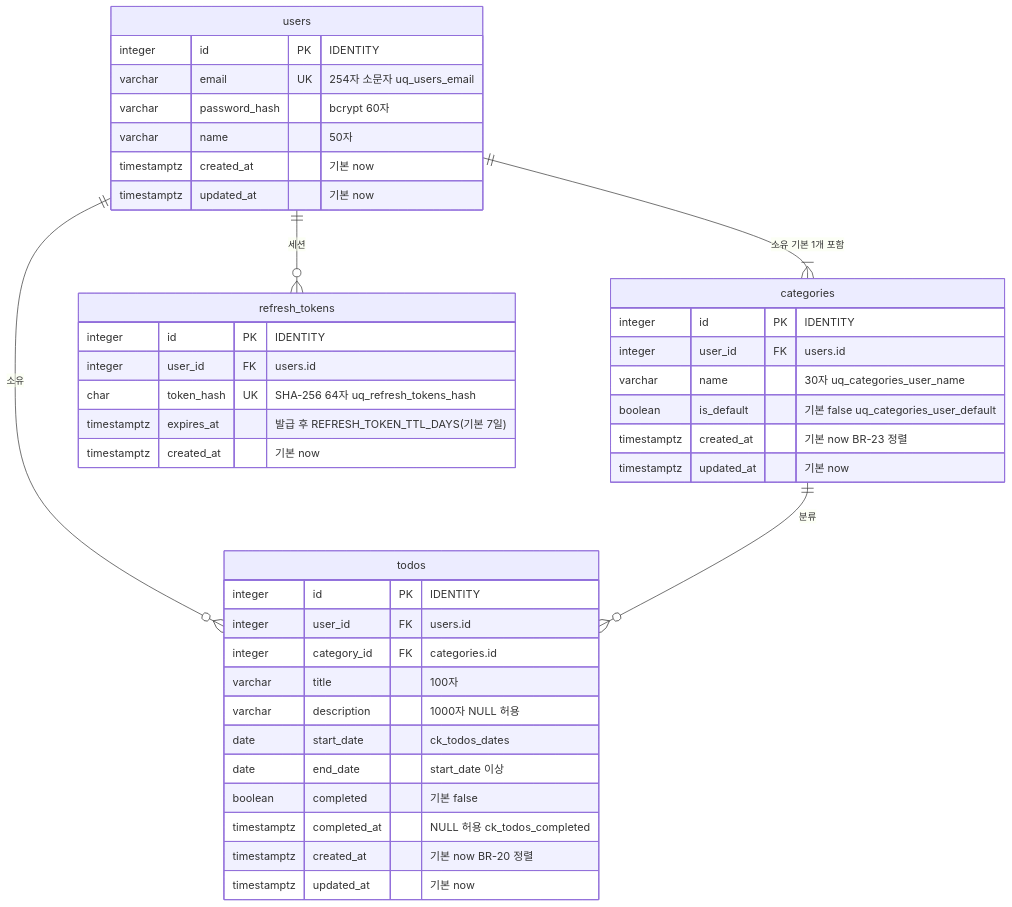
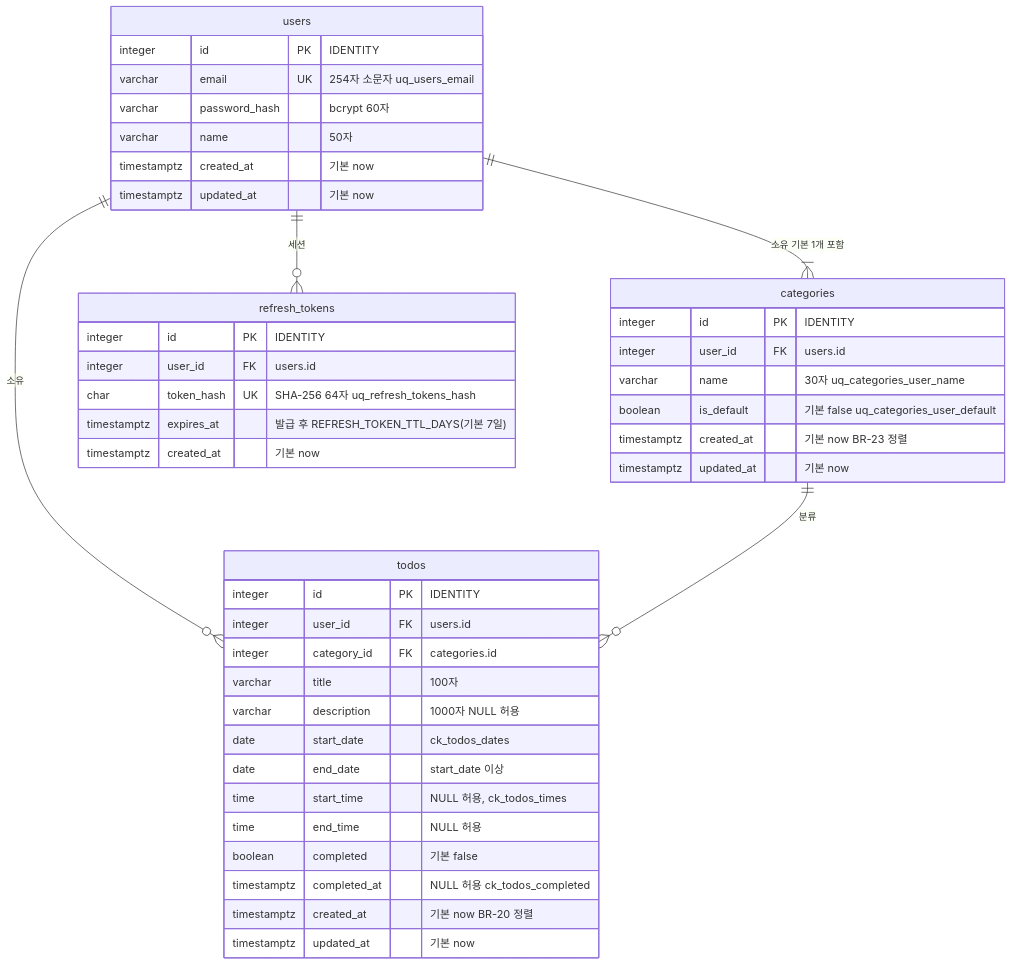
One commit to pomyeong/todolist-app changed the second of 2 diagrams in docs/7-erd.md. Above: the diagram before and after it, drawn with Mermaid. The commit also changed other lines of this file and 37 other files, not shown here.

````diff
--- a/docs/7-erd.md
+++ b/docs/7-erd.md
@@ -102,44 +106,46 @@
 ```mermaid
 erDiagram
     users ||--|{ categories : "소유 기본 1개 포함"
     users ||--o{ todos : "소유"
     categories ||--o{ todos : "분류"
     users ||--o{ refresh_tokens : "세션"
 
     users {
         integer id PK "IDENTITY"
         varchar email UK "254자 소문자 uq_users_email"
         varchar password_hash "bcrypt 60자"
         varchar name "50자"
         timestamptz created_at "기본 now"
         timestamptz updated_at "기본 now"
     }
     categories {
         integer id PK "IDENTITY"
         integer user_id FK "users.id"
         varchar name "30자 uq_categories_user_name"
         boolean is_default "기본 false uq_categories_user_default"
         timestamptz created_at "기본 now BR-23 정렬"
         timestamptz updated_at "기본 now"
     }
     todos {
         integer id PK "IDENTITY"
         integer user_id FK "users.id"
         integer category_id FK "categories.id"
         varchar title "100자"
         varchar description "1000자 NULL 허용"
         date start_date "ck_todos_dates"
         date end_date "start_date 이상"
+        time start_time "NULL 허용, ck_todos_times"
+        time end_time "NULL 허용"
         boolean completed "기본 false"
         timestamptz completed_at "NULL 허용 ck_todos_completed"
         timestamptz created_at "기본 now BR-20 정렬"
         timestamptz updated_at "기본 now"
     }
     refresh_tokens {
         integer id PK "IDENTITY"
         integer user_id FK "users.id"
         char token_hash UK "SHA-256 64자 uq_refresh_tokens_hash"
         timestamptz expires_at "발급 후 REFRESH_TOKEN_TTL_DAYS(기본 7일)"
         timestamptz created_at "기본 now"
     }
 ```
````
